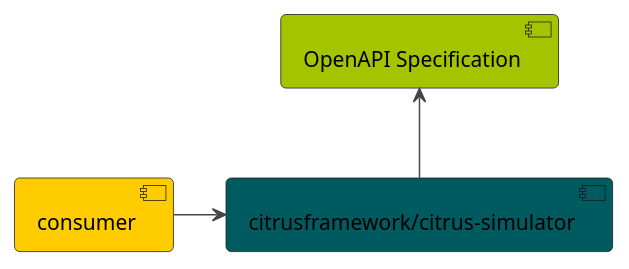
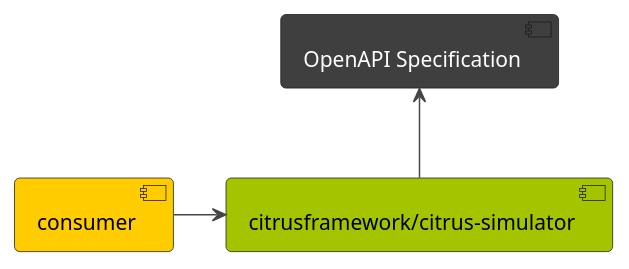
One commit to bbortt/devoxx-2025-citrus-openapi changed the diagram in sketches/citrus-simulator.puml. Above: the diagram before and after it, drawn with PlantUML. The commit also changed 25 other files, not shown here.

```diff
--- a/sketches/citrus-simulator.puml
+++ b/sketches/citrus-simulator.puml
@@ -1,13 +1,13 @@
 @startuml
 
 !theme vibrant
 
 component consumer #FFCC00
-component "citrusframework/citrus-simulator" as sim #005B61
+component "citrusframework/citrus-simulator" as sim #A5C400
 
-component "OpenAPI Specification" as spec #A5C400
+component "<color:#FFFFFF>OpenAPI Specification" as spec #3F3F40
 
 consumer -right-> sim
 spec <-down- sim
 
 @enduml
```
